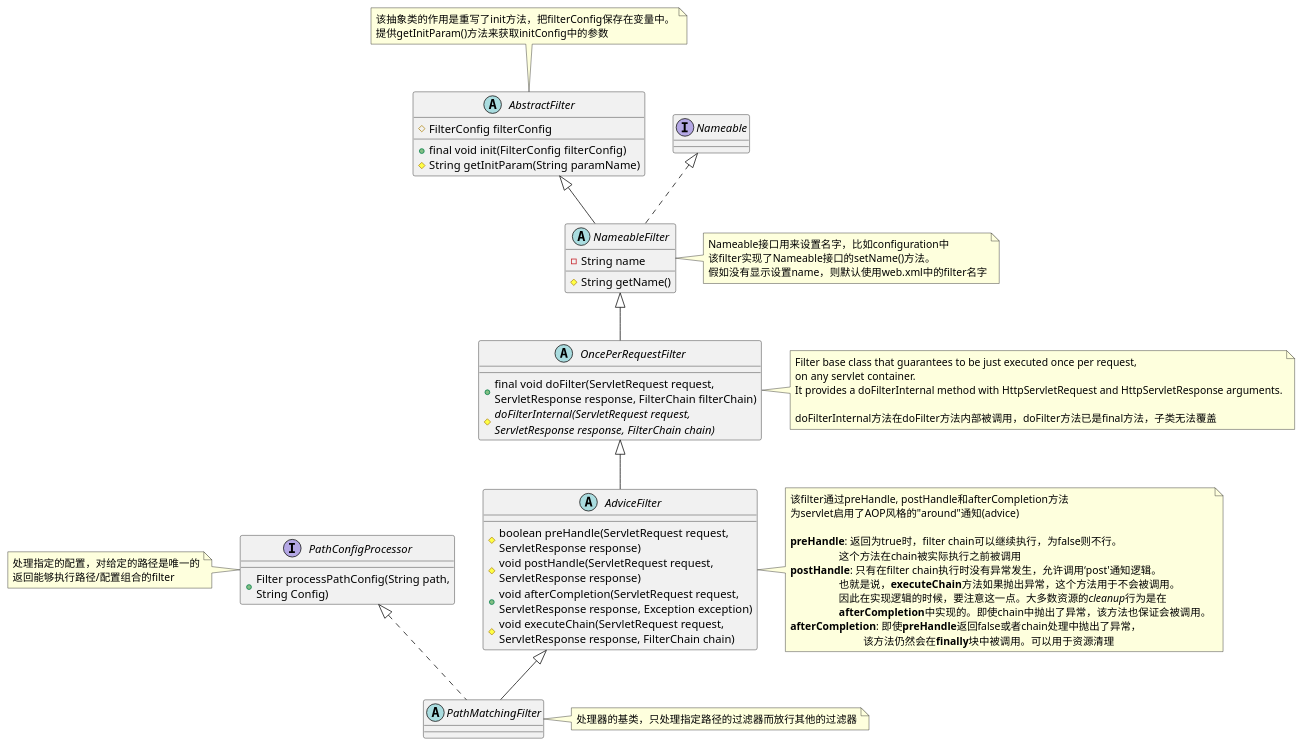
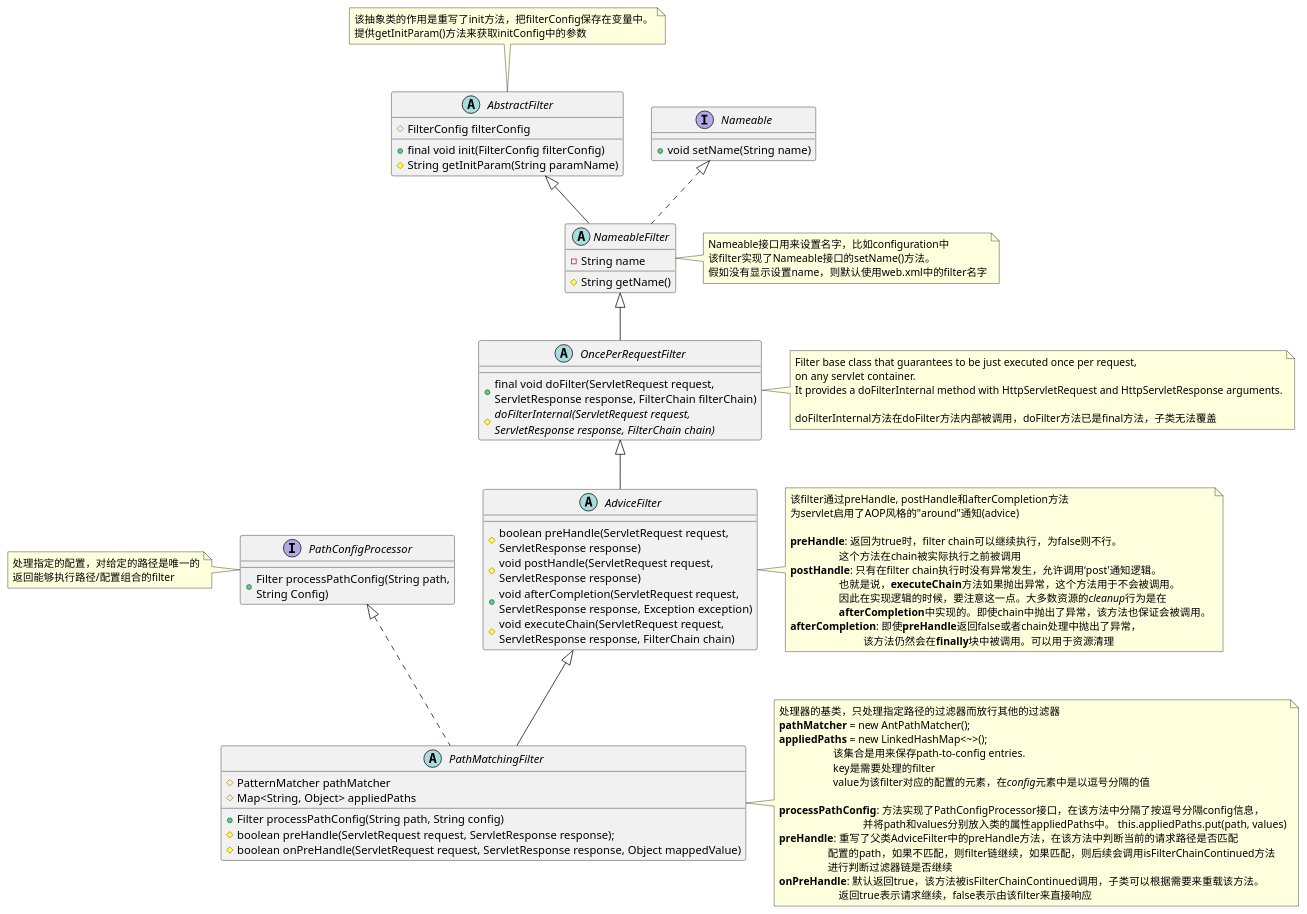
Before and after one commit to amykiki/zheng: the diagram in zheng-upms/filtersUML.puml, drawn with PlantUML.

Commit message:
filter uml update

```diff
--- a/zheng-upms/filtersUML.puml
+++ b/zheng-upms/filtersUML.puml
@@ -1,73 +1,93 @@
 @startuml
 abstract class AbstractFilter {
 #FilterConfig filterConfig
 +final void init(FilterConfig filterConfig)
 #String getInitParam(String paramName)
 }
 
-interface Nameable
+interface Nameable {
++ void setName(String name)
+}
 
 abstract class NameableFilter {
 -String name
 #String getName()
 }
 
 abstract class OncePerRequestFilter {
 + final void doFilter(ServletRequest request, \nServletResponse response, FilterChain filterChain)
 #{abstract} doFilterInternal(ServletRequest request, \nServletResponse response, FilterChain chain)
 }
 
 abstract class AdviceFilter {
 # boolean preHandle(ServletRequest request, \nServletResponse response)
 # void postHandle(ServletRequest request, \nServletResponse response)
 + void afterCompletion(ServletRequest request, \nServletResponse response, Exception exception)
 # void executeChain(ServletRequest request, \nServletResponse response, FilterChain chain)
 }
 
 interface PathConfigProcessor {
 + Filter processPathConfig(String path,\nString Config)
 }
 
 abstract class PathMatchingFilter {
+# PatternMatcher pathMatcher
+# Map<String, Object> appliedPaths
++ Filter processPathConfig(String path, String config)
+# boolean preHandle(ServletRequest request, ServletResponse response);
+# boolean onPreHandle(ServletRequest request, ServletResponse response, Object mappedValue)
 }
 AbstractFilter <|-- NameableFilter
 Nameable <|.. NameableFilter
 NameableFilter <|-- OncePerRequestFilter
 OncePerRequestFilter <|-- AdviceFilter
 PathConfigProcessor <|.. PathMatchingFilter
 AdviceFilter <|-- PathMatchingFilter
 note top of AbstractFilter : 该抽象类的作用是重写了init方法，把filterConfig保存在变量中。\n提供getInitParam()方法来获取initConfig中的参数
 
 note right of NameableFilter : Nameable接口用来设置名字，比如configuration中\n该filter实现了Nameable接口的setName()方法。\n假如没有显示设置name，则默认使用web.xml中的filter名字
 
 note right of OncePerRequestFilter
 Filter base class that guarantees to be just executed once per request,
 on any servlet container.
 It provides a doFilterInternal method with HttpServletRequest and HttpServletResponse arguments.
 
 doFilterInternal方法在doFilter方法内部被调用，doFilter方法已是final方法，子类无法覆盖
 end note
 
 note right of AdviceFilter
 该filter通过preHandle, postHandle和afterCompletion方法
 为servlet启用了AOP风格的"around"通知(advice)
 
 <b>preHandle</b>: 返回为true时，filter chain可以继续执行，为false则不行。
                   这个方法在chain被实际执行之前被调用
 <b>postHandle</b>: 只有在filter chain执行时没有异常发生，允许调用‘post'通知逻辑。
                   也就是说，<b>executeChain</b>方法如果抛出异常，这个方法用于不会被调用。
                   因此在实现逻辑的时候，要注意这一点。大多数资源的<i>cleanup</i>行为是在
                   <b>afterCompletion</b>中实现的。即使chain中抛出了异常，该方法也保证会被调用。
 <b>afterCompletion</b>: 即使<b>preHandle</b>返回false或者chain处理中抛出了异常，
                            该方法仍然会在<b>finally</b>块中被调用。可以用于资源清理
 end note
 
 note left of PathConfigProcessor
 处理指定的配置，对给定的路径是唯一的
 返回能够执行路径/配置组合的filter
 end note
 
 note right of PathMatchingFilter
 处理器的基类，只处理指定路径的过滤器而放行其他的过滤器
+<b>pathMatcher</b> = new AntPathMatcher();
+<b>appliedPaths</b> = new LinkedHashMap<~>();
+                    该集合是用来保存path-to-config entries.
+                    key是需要处理的filter
+                    value为该filter对应的配置的元素，在<i>config</i>元素中是以逗号分隔的值
+
+<b>processPathConfig</b>: 方法实现了PathConfigProcessor接口，在该方法中分隔了按逗号分隔config信息，
+                               并将path和values分别放入类的属性appliedPaths中。 this.appliedPaths.put(path, values)
+<b>preHandle</b>: 重写了父类AdviceFilter中的preHandle方法，在该方法中判断当前的请求路径是否匹配
+                  配置的path，如果不匹配，则filter链继续，如果匹配，则后续会调用isFilterChainContinued方法
+                  进行判断过滤器链是否继续
+<b>onPreHandle</b>: 默认返回true，该方法被isFilterChainContinued调用，子类可以根据需要来重载该方法。
+                      返回true表示请求继续，false表示由该filter来直接响应
 end note
 @enduml
```
